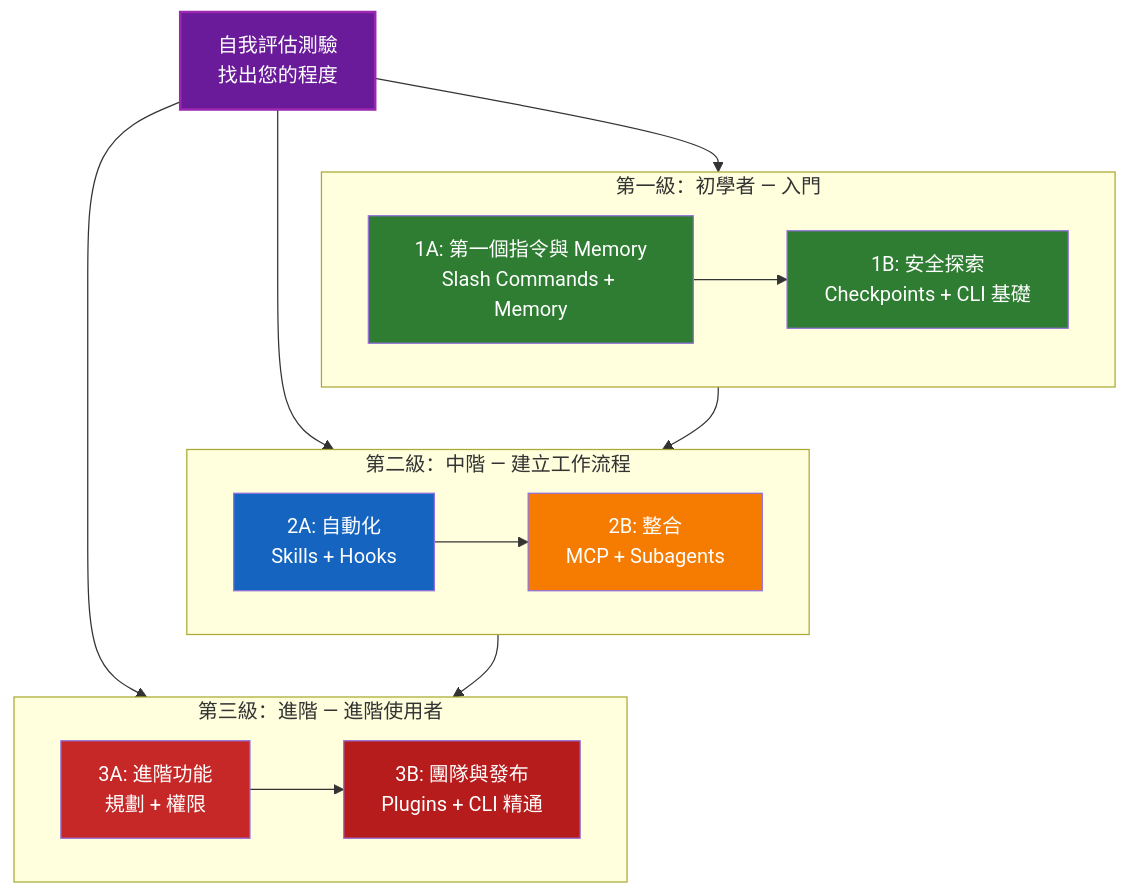
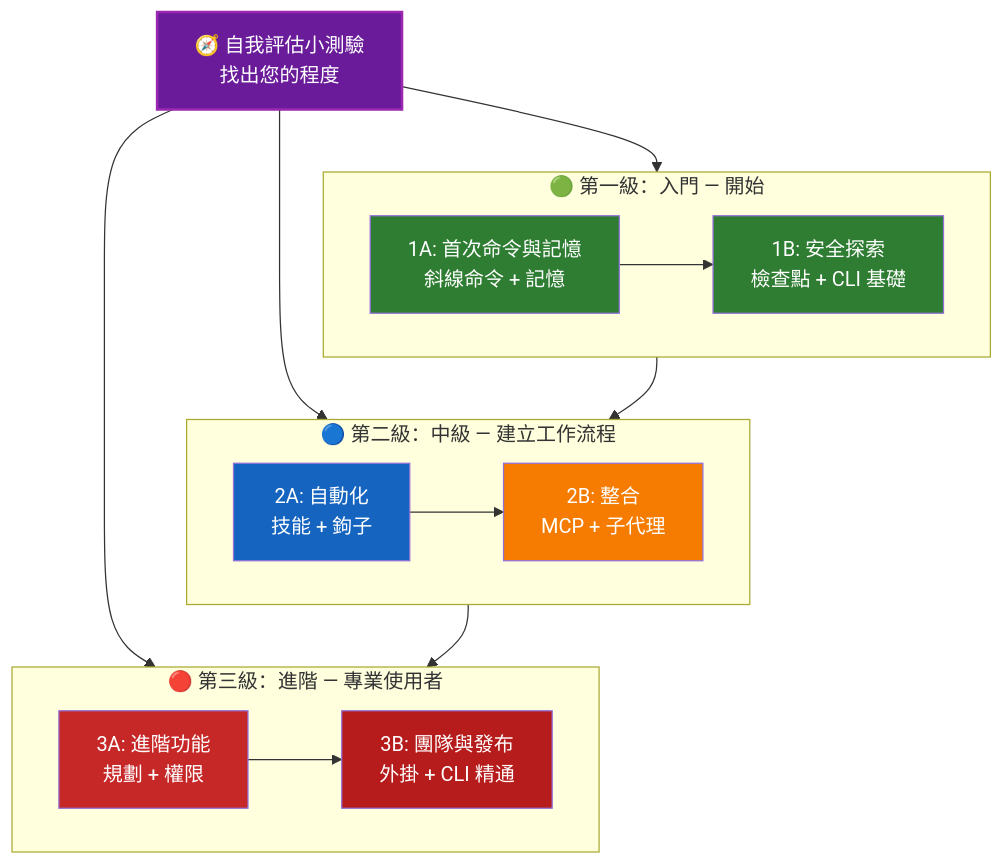
One commit to huckly/claude-howto-zh-tw changed the diagram in LEARNING-ROADMAP.md. Above: the diagram before and after it, drawn with Mermaid. The commit also changed other lines of this file and 6 other files, not shown here.

````diff
--- a/LEARNING-ROADMAP.md
+++ b/LEARNING-ROADMAP.md
@@ -55,32 +55,32 @@
 ```mermaid
 graph TD
-    Q["自我評估測驗<br/>找出您的程度"] --> L1
+    Q["🧭 自我評估小測驗<br/>找出您的程度"] --> L1
     Q --> L2
     Q --> L3
 
-    subgraph L1["第一級：初學者 — 入門"]
+    subgraph L1["🟢 第一級：入門 — 開始"]
         direction LR
-        A["1A: 第一個指令與 Memory<br/>Slash Commands + Memory"] --> B["1B: 安全探索<br/>Checkpoints + CLI 基礎"]
+        A["1A: 首次命令與記憶<br/>斜線命令 + 記憶"] --> B["1B: 安全探索<br/>檢查點 + CLI 基礎"]
     end
 
-    subgraph L2["第二級：中階 — 建立工作流程"]
+    subgraph L2["🔵 第二級：中級 — 建立工作流程"]
         direction LR
-        C["2A: 自動化<br/>Skills + Hooks"] --> D["2B: 整合<br/>MCP + Subagents"]
+        C["2A: 自動化<br/>技能 + 鉤子"] --> D["2B: 整合<br/>MCP + 子代理"]
     end
 
-    subgraph L3["第三級：進階 — 進階使用者"]
+    subgraph L3["🔴 第三級：進階 — 專業使用者"]
         direction LR
-        E["3A: 進階功能<br/>規劃 + 權限"] --> F["3B: 團隊與發布<br/>Plugins + CLI 精通"]
+        E["3A: 進階功能<br/>規劃 + 權限"] --> F["3B: 團隊與發布<br/>外掛 + CLI 精通"]
     end
 
     L1 --> L2
     L2 --> L3
 
     style Q fill:#6A1B9A,color:#fff,stroke:#9C27B0,stroke-width:2px
     style A fill:#2E7D32,color:#fff
     style B fill:#2E7D32,color:#fff
     style C fill:#1565C0,color:#fff
     style D fill:#F57C00,color:#fff
     style E fill:#C62828,color:#fff
     style F fill:#B71C1C,color:#fff
 ```
````
